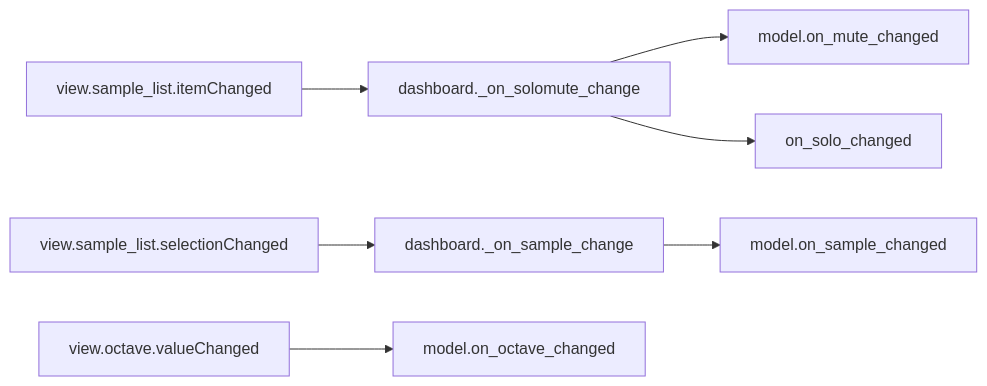
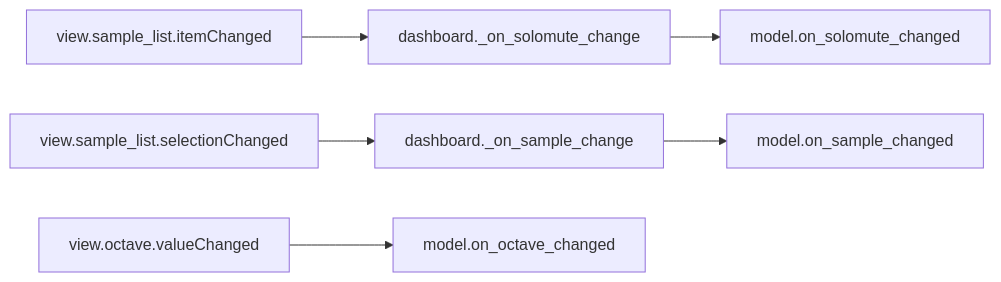
Before and after one commit to com-posers-pit/smw_music: the fourth of 10 diagrams in doc/source/dashboard_signal_slot_map.rst, drawn with Mermaid. The commit also changed 2 other files, not shown here.

Commit message:
Reconnect sample mute+solo
Now playing:
FAKK by Eisbrecher

```diff
--- a/doc/source/dashboard_signal_slot_map.rst
+++ b/doc/source/dashboard_signal_slot_map.rst
@@ -89,6 +89,6 @@
 .. mermaid::
 
    flowchart LR
-      view.sample_list.itemChanged --> dashboard._on_solomute_change --> model.on_mute_changed & on_solo_changed
+      view.sample_list.itemChanged --> dashboard._on_solomute_change --> model.on_solomute_changed
       view.sample_list.selectionChanged --> dashboard._on_sample_change --> model.on_sample_changed
       view.octave.valueChanged --> model.on_octave_changed
```
